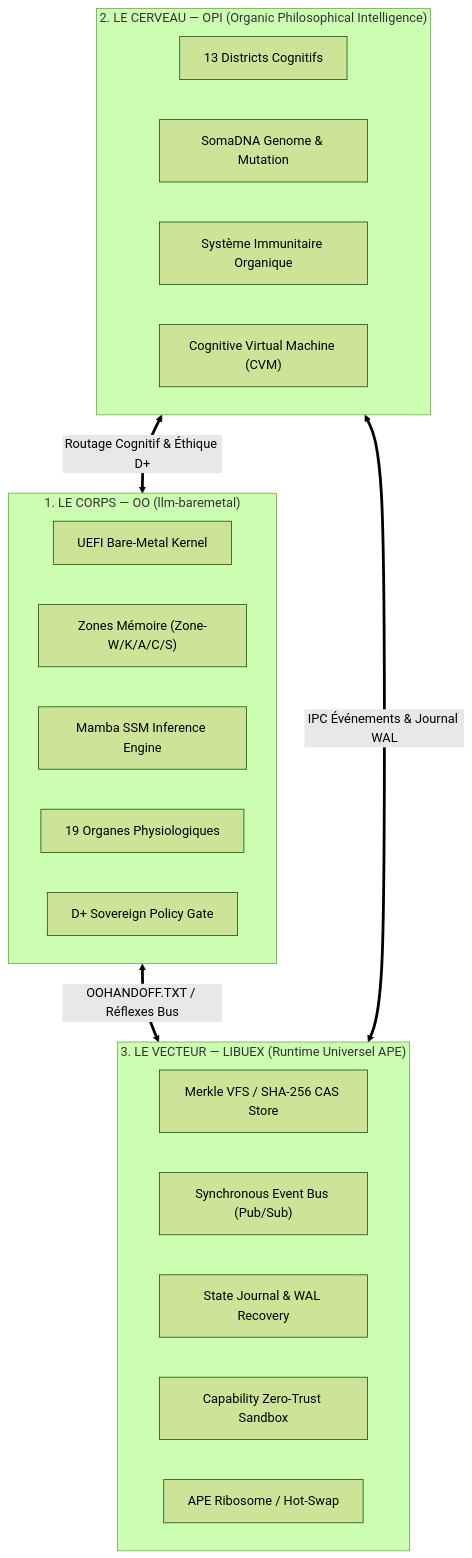
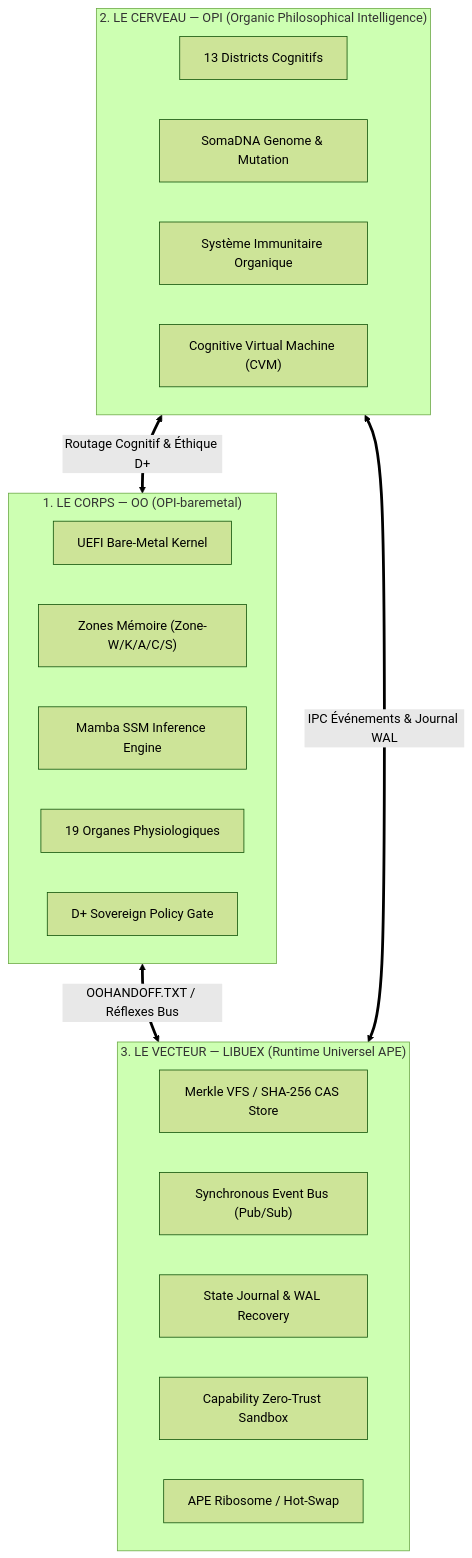
One commit to DjibyDiop/Operating-Organism changed the first of 2 diagrams in TRINITE_SOUVERAINE_SPEC.md. Above: the diagram before and after it, drawn with Mermaid (forest theme). The commit also changed other lines of this file and 142 other files, not shown here.

````diff
--- a/TRINITE_SOUVERAINE_SPEC.md
+++ b/TRINITE_SOUVERAINE_SPEC.md
@@ -10,30 +10,30 @@
 ```mermaid
 graph TD
-    subgraph CORPS ["1. LE CORPS — OO (llm-baremetal)"]
+    subgraph CORPS ["1. LE CORPS — OO (OPI-baremetal)"]
         UEFI["UEFI Bare-Metal Kernel"]
         MEM["Zones Mémoire (Zone-W/K/A/C/S)"]
         MAMBA["Mamba SSM Inference Engine"]
         ORGANS["19 Organes Physiologiques"]
         DPLUS["D+ Sovereign Policy Gate"]
     end
 
     subgraph CERVEAU ["2. LE CERVEAU — OPI (Organic Philosophical Intelligence)"]
         DISTRICTS["13 Districts Cognitifs"]
         SOMADNA["SomaDNA Genome & Mutation"]
         IMMUNION["Système Immunitaire Organique"]
         CVM["Cognitive Virtual Machine (CVM)"]
     end
 
     subgraph VECTEUR ["3. LE VECTEUR — LIBUEX (Runtime Universel APE)"]
         CAS["Merkle VFS / SHA-256 CAS Store"]
         BUS["Synchronous Event Bus (Pub/Sub)"]
         WAL["State Journal & WAL Recovery"]
         CAP["Capability Zero-Trust Sandbox"]
         RIBOSOME["APE Ribosome / Hot-Swap"]
     end
 
     %% Connexions Bi-Directionnelles
     CERVEAU <== "Routage Cognitif & Éthique D+" ==> CORPS
     CORPS <== "OOHANDOFF.TXT / Réflexes Bus" ==> VECTEUR
     CERVEAU <== "IPC Événements & Journal WAL" ==> VECTEUR
 ```
````
